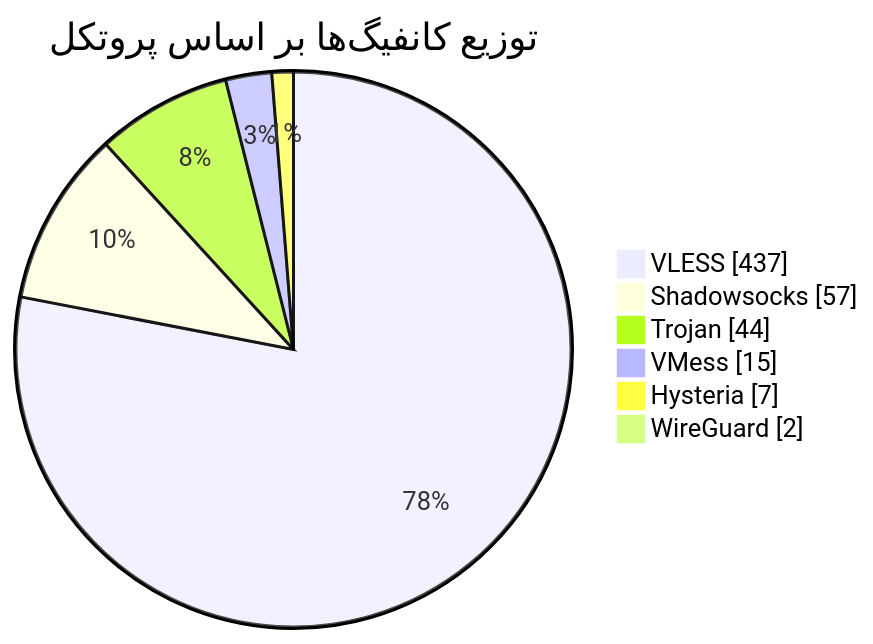
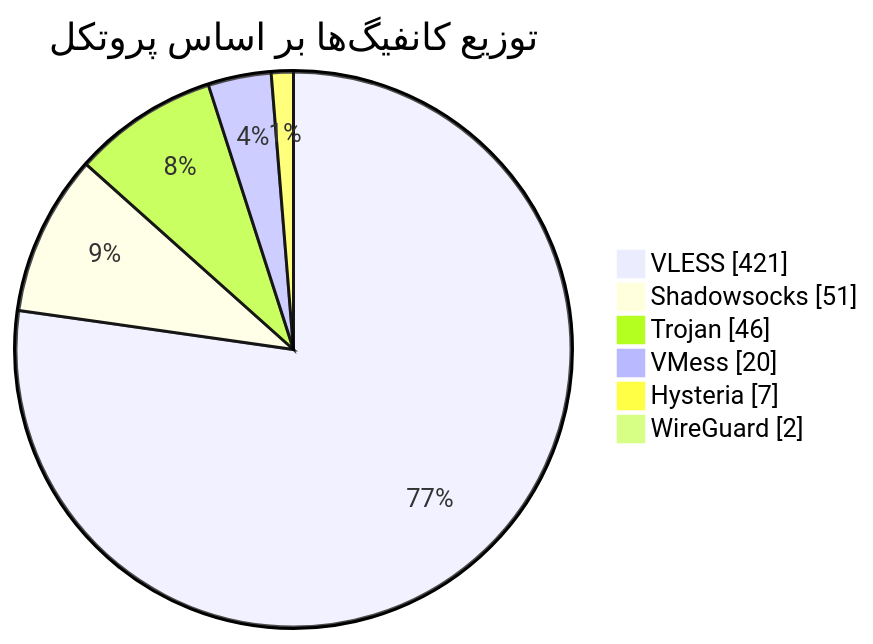
One commit to Arian-Alijani/Somthing changed the diagram in README.md. Above: the diagram before and after it, drawn with Mermaid. The commit also changed other lines of this file and 19 other files, not shown here.

````diff
--- a/README.md
+++ b/README.md
@@ -48,10 +48,10 @@
 ```mermaid
 pie showData
     title توزیع کانفیگ‌ها بر اساس پروتکل
-    "VLESS" : 437
-    "Shadowsocks" : 57
-    "Trojan" : 44
-    "VMess" : 15
+    "VLESS" : 421
+    "Shadowsocks" : 51
+    "Trojan" : 46
+    "VMess" : 20
     "Hysteria" : 7
     "WireGuard" : 2
 ```
````
